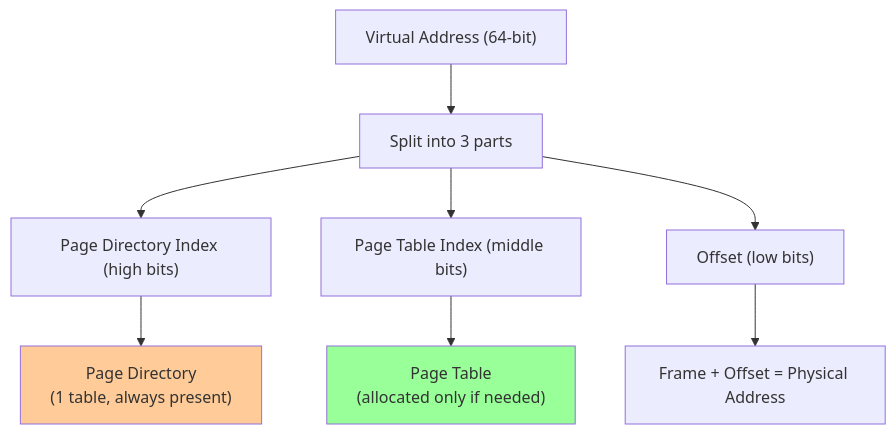
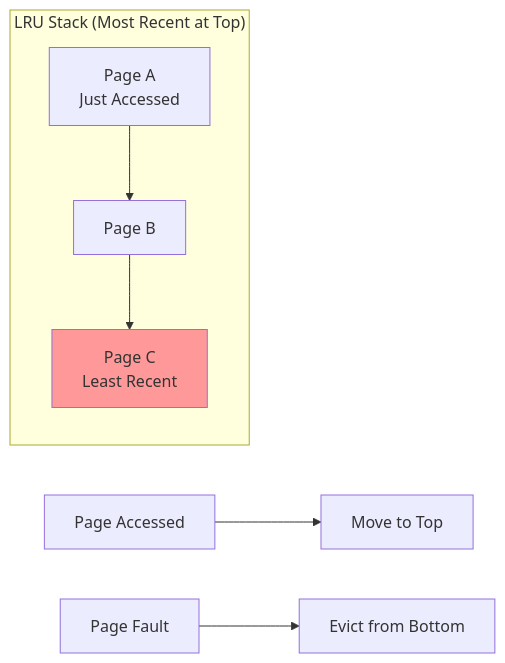
Before and after one commit to Nathan0820/vault: diagram 11 of 18 in content/CS2106/L9.md, drawn with Mermaid. The commit also changed other lines of this file and 2 other files, not shown here.

````diff
--- a/content/CS2106/L9.md
+++ b/content/CS2106/L9.md
@@ -191,14 +603,11 @@
 ```mermaid
-flowchart TD
-    VA["Virtual Address (64-bit)"] --> Split["Split into 3 parts"]
-    Split --> Dir["Page Directory Index (high bits)"]
-    Split --> PT["Page Table Index (middle bits)"]
-    Split --> Off["Offset (low bits)"]
+flowchart LR
+    subgraph LRU ["LRU Stack (Most Recent at Top)"]
+        R1["Page A<br/>Just Accessed"] --> R2["Page B"] --> R3["Page C<br/>Least Recent"]
+    end
 
-    Dir --> DirLookup["Page Directory<br/>(1 table, always present)"]
-    PT --> PMLookup["Page Table<br/>(allocated only if needed)"]
-    Off --> Frame["Frame + Offset = Physical Address"]
+    Access["Page Accessed"] --> Move["Move to Top"]
+    Fault["Page Fault"] --> Evict["Evict from Bottom"]
 
-    style DirLookup fill:#ffcc99
-    style PMLookup fill:#99ff99
+    style R3 fill:#ff9999
 ```
````
